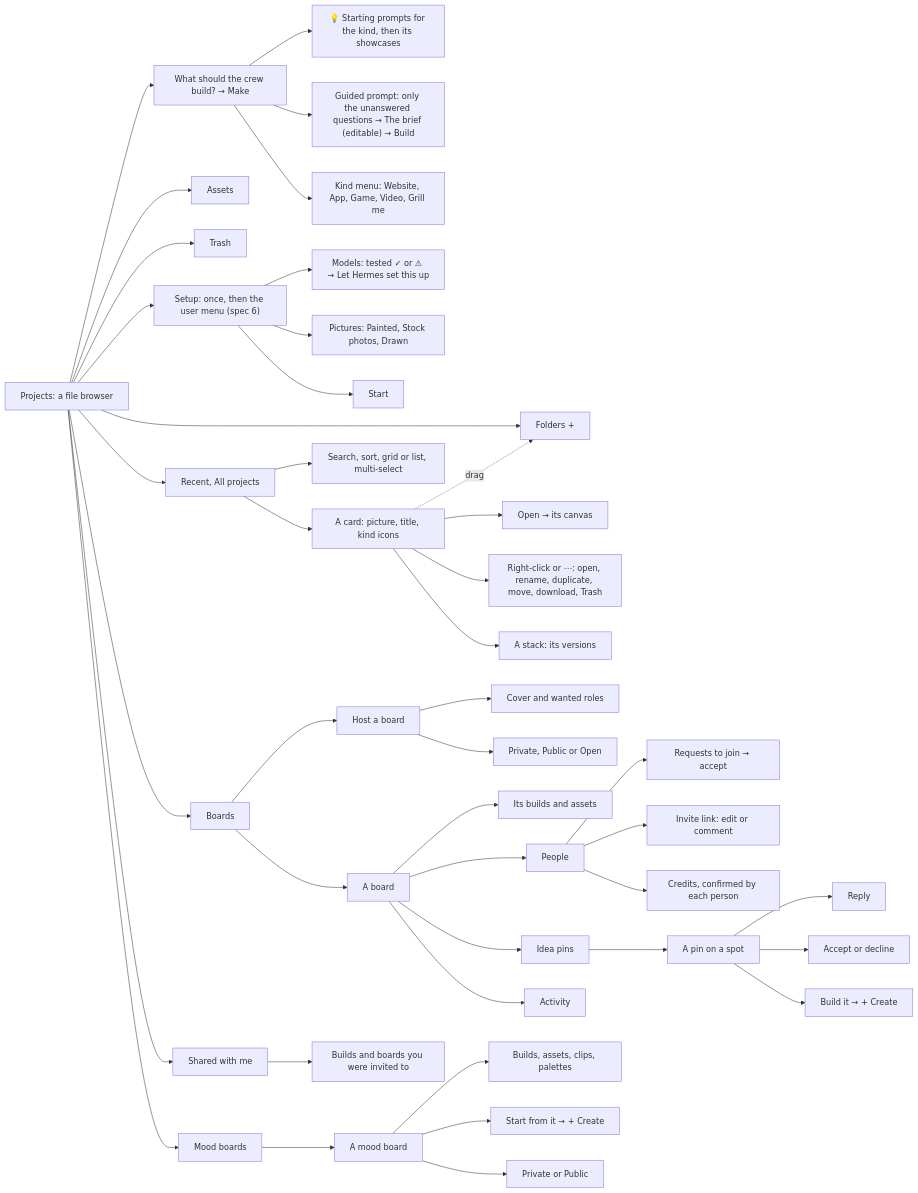
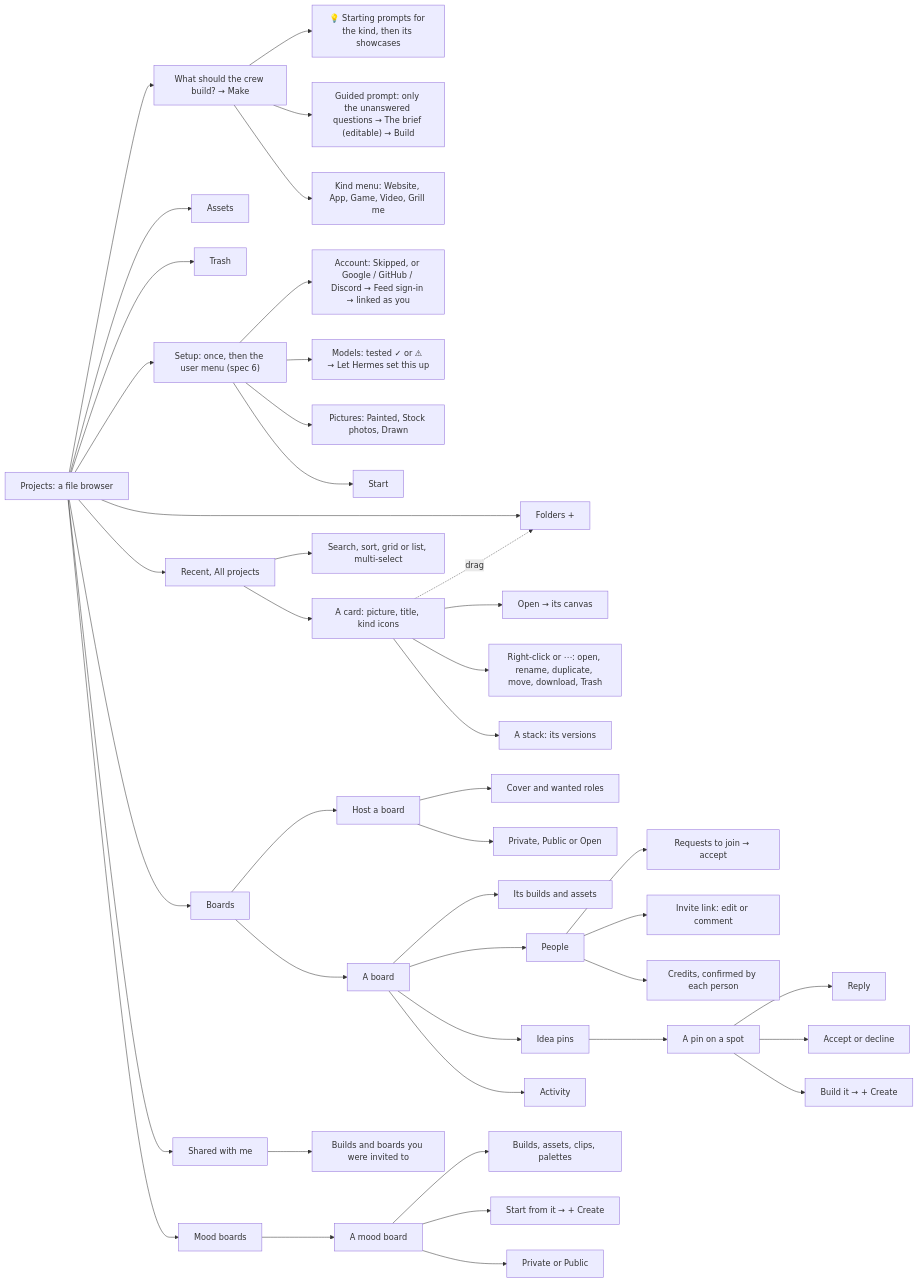
One commit to Pukujan/swarm-studio changed the seventh of 26 diagrams in docs/ux/SITEMAP.md. Above: the diagram before and after it, drawn with Mermaid. The commit also changed 12 other files, not shown here.

First line of the commit message:
Setup: the Account row signs in to Swarm Feed first, so Hermes is never linked as a guest

````diff
--- a/docs/ux/SITEMAP.md
+++ b/docs/ux/SITEMAP.md
@@ -193,44 +193,45 @@
 ```mermaid
 flowchart LR
   PROJ[Projects: a file browser] --> MB["Recent, All projects"]
   PROJ --> AS[Assets]
   PROJ --> TR[Trash]
   PROJ --> FO["Folders +"]
   PROJ --> ASK["What should the crew build? → Make"]
   ASK --> SC["💡 Starting prompts for the kind, then its showcases"]
   ASK --> GR["Guided prompt: only the unanswered questions → The brief (editable) → Build"]
   ASK --> KM["Kind menu: Website, App, Game, Video, Grill me"]
   PROJ --> BD[Boards]
   PROJ --> MO[Mood boards]
   PROJ --> SW[Shared with me]
   PROJ --> SU["Setup: once, then the user menu (spec 6)"]
+  SU --> SU0["Account: Skipped, or Google / GitHub / Discord → Feed sign-in → linked as you"]
   SU --> SU1["Models: tested ✓ or ⚠ → Let Hermes set this up"]
   SU --> SU2["Pictures: Painted, Stock photos, Drawn"]
   SU --> SU3[Start]
   MB --> ST["A card: picture, title, kind icons"]
   MB --> MS["Search, sort, grid or list, multi-select"]
   ST --> ORB["Open → its canvas"]
   ST --> RM["Right-click or ⋯: open, rename, duplicate, move, download, Trash"]
   ST --> VS["A stack: its versions"]
   ST -.->|drag| FO
   BD --> BO[A board]
   BD --> BN[Host a board]
   BN --> BN1["Cover and wanted roles"]
   BN --> BN2["Private, Public or Open"]
   BO --> BW["Its builds and assets"]
   BO --> BP[People]
   BO --> BI[Idea pins]
   BO --> BA[Activity]
   BP --> BP1["Requests to join → accept"]
   BP --> BP2["Invite link: edit or comment"]
   BP --> BP3["Credits, confirmed by each person"]
   BI --> PIN[A pin on a spot]
   PIN --> PIN1[Reply]
   PIN --> PIN2[Accept or decline]
   PIN --> PIN3["Build it → + Create"]
   MO --> MOB[A mood board]
   MOB --> MOI["Builds, assets, clips, palettes"]
   MOB --> MOS["Start from it → + Create"]
   MOB --> MOV["Private or Public"]
   SW --> SWB["Builds and boards you were invited to"]
 ```
````
